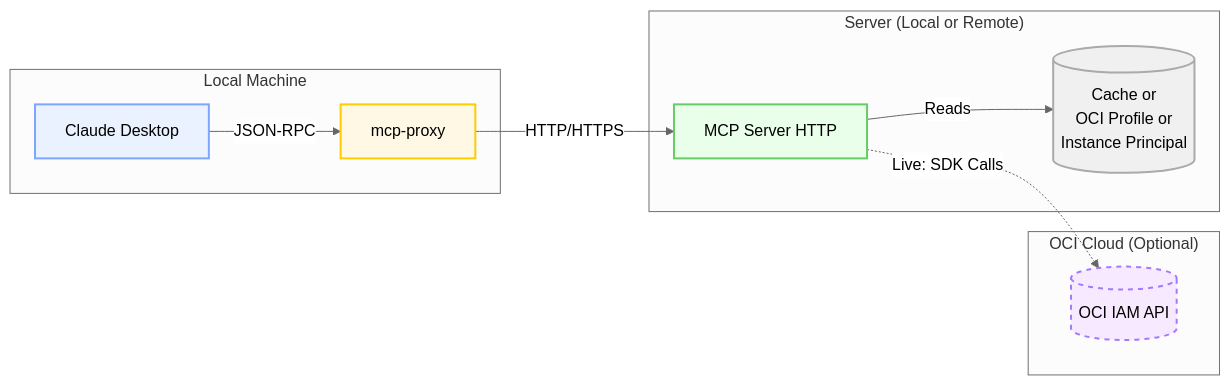
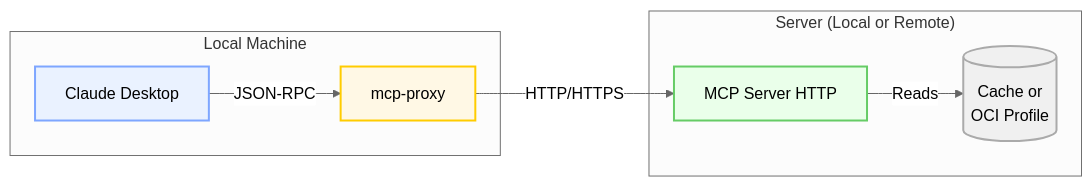
One commit to agregory999/oci-policy-analysis changed the fourth of 7 diagrams in README_MCP.md. Above: the diagram before and after it, drawn with Mermaid (neutral theme). The commit also changed other lines of this file, not shown here.

Commit message:
chore: MCP and Readme

````diff
--- a/README_MCP.md
+++ b/README_MCP.md
@@ -198,27 +192,21 @@
 ```mermaid
 flowchart LR
     subgraph LOCAL["Local Machine"]
         CD[Claude Desktop]
         PROXY[mcp-proxy]
     end
 
     subgraph SERVER["Server (Local or Remote)"]
         MCP[MCP Server HTTP]
-        DATA[(Cache or<br/>OCI Profile or<br/>Instance Principal)]
-    end
-
-    subgraph OCI["OCI Cloud (Optional)"]
-        API[(OCI IAM API)]
+        DATA[(Cache or<br/>OCI Profile)]
     end
 
     CD -->|JSON-RPC| PROXY
     PROXY -->|HTTP/HTTPS| MCP
     MCP -->|Reads| DATA
-    MCP -.->|Live: SDK Calls| API
 
     style CD fill:#eaf2ff,stroke:#7ea6ff,stroke-width:2px
     style PROXY fill:#fff8e5,stroke:#ffcc00,stroke-width:2px
     style MCP fill:#eaffea,stroke:#66cc66,stroke-width:2px
     style DATA fill:#f0f0f0,stroke:#aaa,stroke-width:2px
-    style API fill:#f7e9ff,stroke:#a37aff,stroke-width:2px,stroke-dasharray: 5 5
 ```
````
